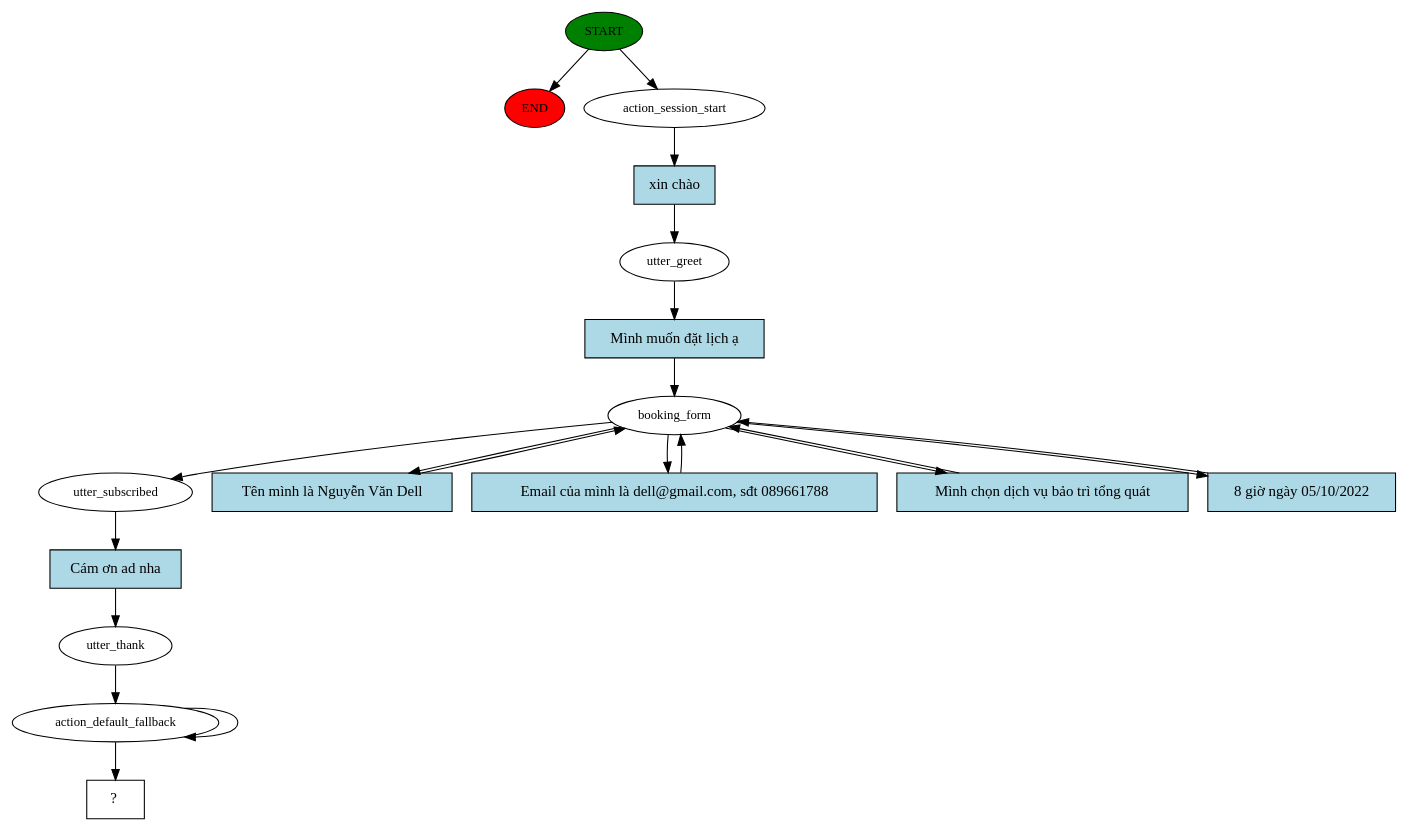
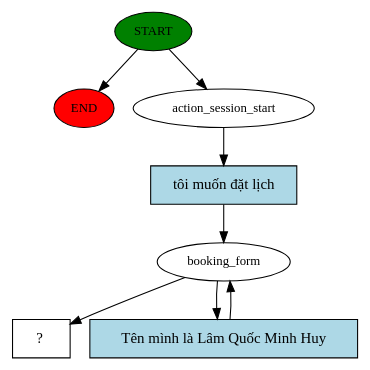
Before and after one commit to Lamquocminhhuy/Chatbot: the diagram in story_graph.dot, drawn with Graphviz. The commit also changed 27 other files, not shown here.

```diff
--- a/story_graph.dot
+++ b/story_graph.dot
@@ -1,38 +1,16 @@
 digraph  {
 0 [class="start active", fillcolor=green, fontsize=12, label=START, style=filled];
 "-1" [class=end, fillcolor=red, fontsize=12, label=END, style=filled];
 1 [class=active, fontsize=12, label=action_session_start];
-2 [class=active, fontsize=12, label=utter_greet];
-3 [class=active, fontsize=12, label=booking_form];
-8 [class=active, fontsize=12, label=utter_subscribed];
-9 [class=active, fontsize=12, label=utter_thank];
-10 [class=active, fontsize=12, label=action_default_fallback];
-12 [class="intent dashed active", label="  ?  ", shape=rect];
-13 [class="intent active", fillcolor=lightblue, label="xin chào", shape=rect, style=filled];
-14 [class="intent active", fillcolor=lightblue, label="Mình muốn đặt lịch ạ", shape=rect, style=filled];
-15 [class="intent active", fillcolor=lightblue, label="Tên mình là Nguyễn Văn Dell", shape=rect, style=filled];
-16 [class="intent active", fillcolor=lightblue, label="Email của mình là dell@gmail.com, sđt 089661788", shape=rect, style=filled];
-17 [class="intent active", fillcolor=lightblue, label="Mình chọn dịch vụ bảo trì tổng quát", shape=rect, style=filled];
-18 [class="intent active", fillcolor=lightblue, label="8 giờ ngày 05/10/2022", shape=rect, style=filled];
-19 [class="intent active", fillcolor=lightblue, label="Cám ơn ad nha", shape=rect, style=filled];
+2 [class=active, fontsize=12, label=booking_form];
+4 [class="intent dashed active", label="  ?  ", shape=rect];
+5 [class="intent active", fillcolor=lightblue, label="tôi muốn đặt lịch", shape=rect, style=filled];
+6 [class="intent active", fillcolor=lightblue, label="Tên mình là Lâm Quốc Minh Huy", shape=rect, style=filled];
 0 -> "-1"  [class="", key=NONE, label=""];
 0 -> 1  [class=active, key=NONE, label=""];
-1 -> 13  [class=active, key=0];
-2 -> 14  [class=active, key=0];
-3 -> 8  [class=active, key=NONE, label=""];
-3 -> 15  [class=active, key=0];
-3 -> 16  [class=active, key=0];
-3 -> 17  [class=active, key=0];
-3 -> 18  [class=active, key=0];
-8 -> 19  [class=active, key=0];
-9 -> 10  [class=active, key=NONE, label=""];
-10 -> 12  [class=active, key=NONE, label=""];
-10 -> 10  [class=active, key=NONE, label=""];
-13 -> 2  [class=active, key=0];
-14 -> 3  [class=active, key=0];
-15 -> 3  [class=active, key=0];
-16 -> 3  [class=active, key=0];
-17 -> 3  [class=active, key=0];
-18 -> 3  [class=active, key=0];
-19 -> 9  [class=active, key=0];
+1 -> 5  [class=active, key=0];
+2 -> 4  [class=active, key=NONE, label=""];
+2 -> 6  [class=active, key=0];
+5 -> 2  [class=active, key=0];
+6 -> 2  [class=active, key=0];
 }
```
